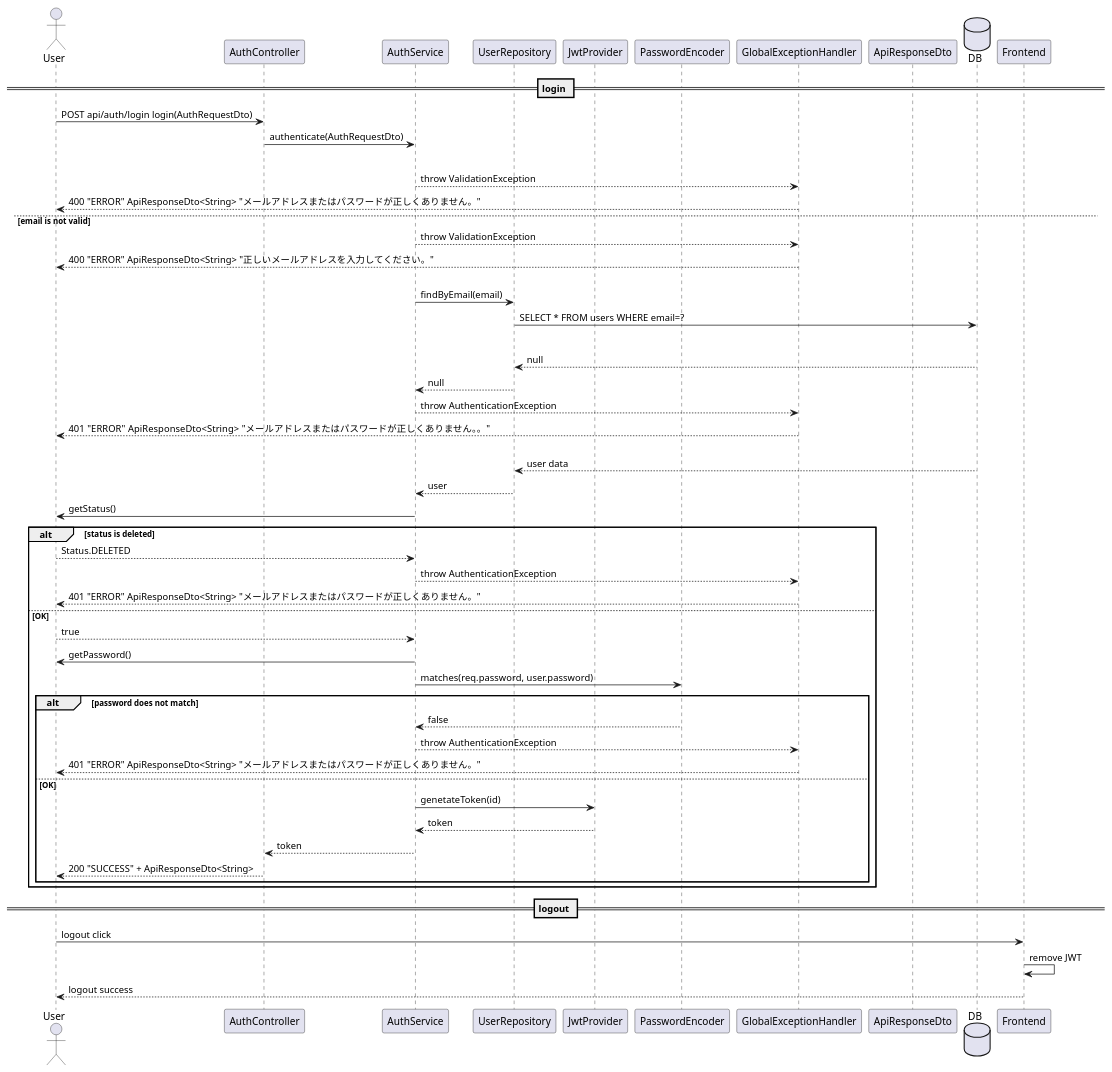
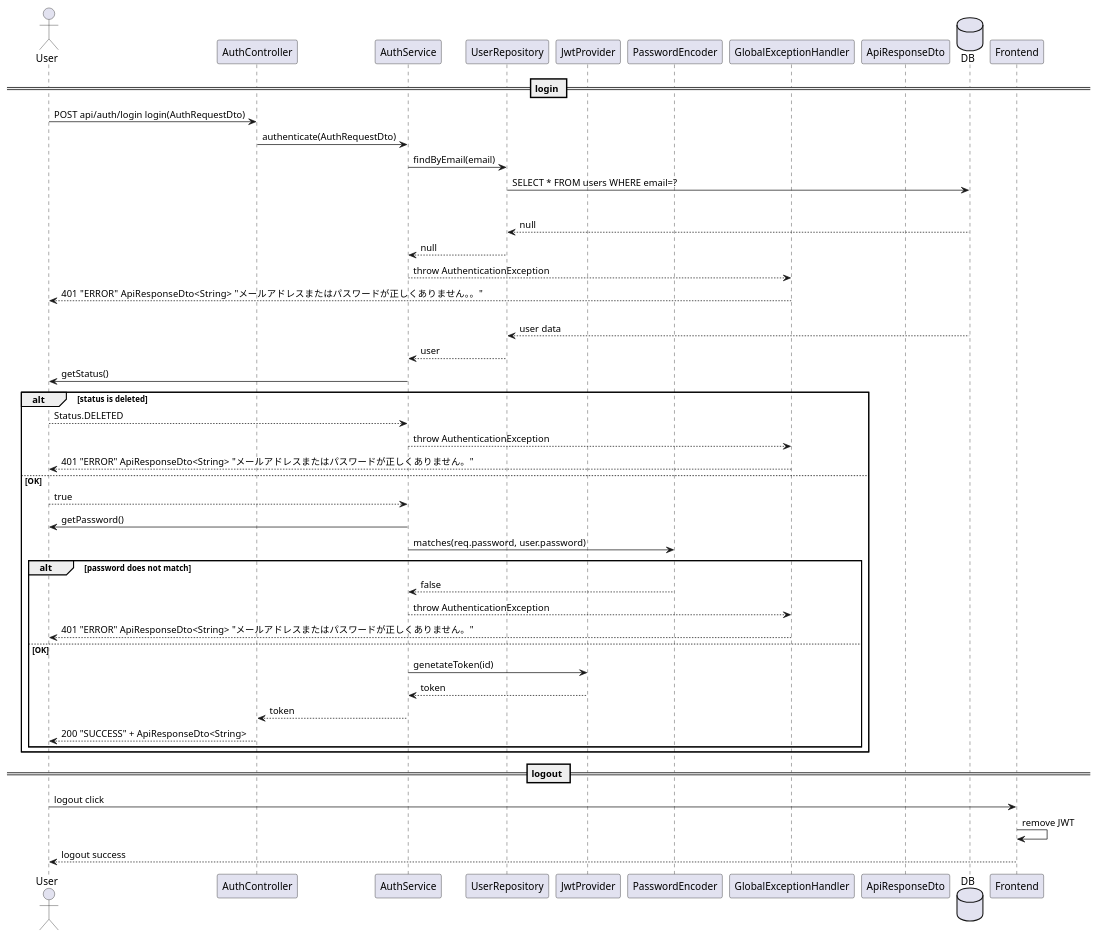
The diagram in backend/study-management-app/docs/uml/code/sequence/sequence-auth.puml (ShumpeiKawamura37/portfolio-study-management-app), drawn with PlantUML before and after one commit. The commit also changed 16 other files, not shown here.

```diff
--- a/backend/study-management-app/docs/uml/code/sequence/sequence-auth.puml
+++ b/backend/study-management-app/docs/uml/code/sequence/sequence-auth.puml
@@ -1,69 +1,60 @@
 @startuml
 
 actor User
 participant AuthController
 participant AuthService
 participant UserRepository
 participant JwtProvider
 participant PasswordEncoder
 participant GlobalExceptionHandler
 participant ApiResponseDto
 
 database DB
 
 == login == 
 
 User -> AuthController : POST api/auth/login login(AuthRequestDto)
 AuthController -> AuthService : authenticate(AuthRequestDto)
 
-alt email or password is empty
-  AuthService --> GlobalExceptionHandler : throw ValidationException
-  GlobalExceptionHandler --> User : 400 "ERROR" ApiResponseDto<String> "メールアドレスまたはパスワードが正しくありません。"
+AuthService -> UserRepository : findByEmail(email)
+UserRepository -> DB : SELECT * FROM users WHERE email=?
 
-else email is not valid
-  AuthService --> GlobalExceptionHandler : throw ValidationException
-  GlobalExceptionHandler --> User : 400 "ERROR" ApiResponseDto<String> "正しいメールアドレスを入力してください。"
-
+alt user not found
+  DB --> UserRepository : null
+  UserRepository --> AuthService : null
+  AuthService --> GlobalExceptionHandler : throw AuthenticationException
+  GlobalExceptionHandler --> User : 401 "ERROR" ApiResponseDto<String> "メールアドレスまたはパスワードが正しくありません。。"
+    
 else OK
-  AuthService -> UserRepository : findByEmail(email)
-  UserRepository -> DB : SELECT * FROM users WHERE email=?
-
-  alt user not found
-    DB --> UserRepository : null
-    UserRepository --> AuthService : null
+  DB --> UserRepository : user data
+  UserRepository --> AuthService :user
+  AuthService -> User : getStatus()
+  alt status is deleted
+    User --> AuthService : Status.DELETED
     AuthService --> GlobalExceptionHandler : throw AuthenticationException
-    GlobalExceptionHandler --> User : 401 "ERROR" ApiResponseDto<String> "メールアドレスまたはパスワードが正しくありません。。"
-      
+    GlobalExceptionHandler --> User : 401 "ERROR" ApiResponseDto<String> "メールアドレスまたはパスワードが正しくありません。"
+  
   else OK
-    DB --> UserRepository : user data
-    UserRepository --> AuthService :user
-    AuthService -> User : getStatus()
-    alt status is deleted
-      User --> AuthService : Status.DELETED
-      AuthService --> GlobalExceptionHandler : throw AuthenticationException
-      GlobalExceptionHandler --> User : 401 "ERROR" ApiResponseDto<String> "メールアドレスまたはパスワードが正しくありません。"
-    
-    else OK
-      User --> AuthService : true
-      AuthService -> User : getPassword()
-    AuthService -> PasswordEncoder : matches(req.password, user.password)
+    User --> AuthService : true
+    AuthService -> User : getPassword()
+  AuthService -> PasswordEncoder : matches(req.password, user.password)
 
   alt password does not match
     PasswordEncoder --> AuthService : false
     AuthService --> GlobalExceptionHandler : throw AuthenticationException
     GlobalExceptionHandler --> User : 401 "ERROR" ApiResponseDto<String> "メールアドレスまたはパスワードが正しくありません。"
-  
+
   else OK
     AuthService -> JwtProvider : genetateToken(id)
     JwtProvider --> AuthService : token
     AuthService --> AuthController : token
     AuthController --> User : 200 "SUCCESS" + ApiResponseDto<String> 
   end
 end
 
 == logout ==
 User -> Frontend : logout click
 Frontend -> Frontend : remove JWT
 Frontend --> User : logout success
 
 @enduml
```
